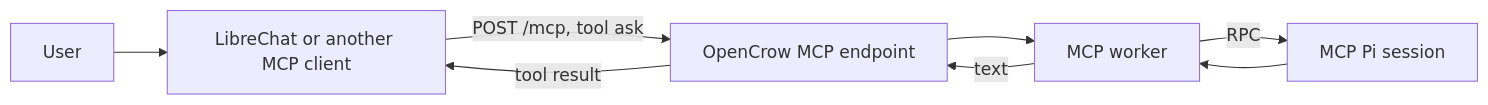
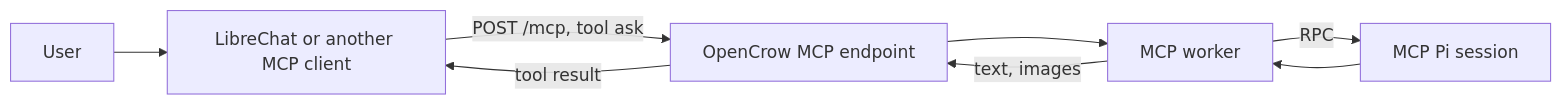
One commit to pkulak/barnaby changed the diagram in docs/mcp.md. Above: the diagram before and after it, drawn with Mermaid. The commit also changed other lines of this file and 3 other files, not shown here.

Commit message:
Return sendfile images to MCP clients as image content.

````diff
--- a/docs/mcp.md
+++ b/docs/mcp.md
@@ -9,7 +9,7 @@
 ```mermaid
 graph LR
     User --> Client["LibreChat or another MCP client"]
     Client -->|POST /mcp, tool ask| API["OpenCrow MCP endpoint"]
     API --> MCP["MCP worker"] -->|RPC| Pi["MCP Pi session"]
-    Pi --> MCP -->|text| API -->|tool result| Client
+    Pi --> MCP -->|text, images| API -->|tool result| Client
 ```
````
